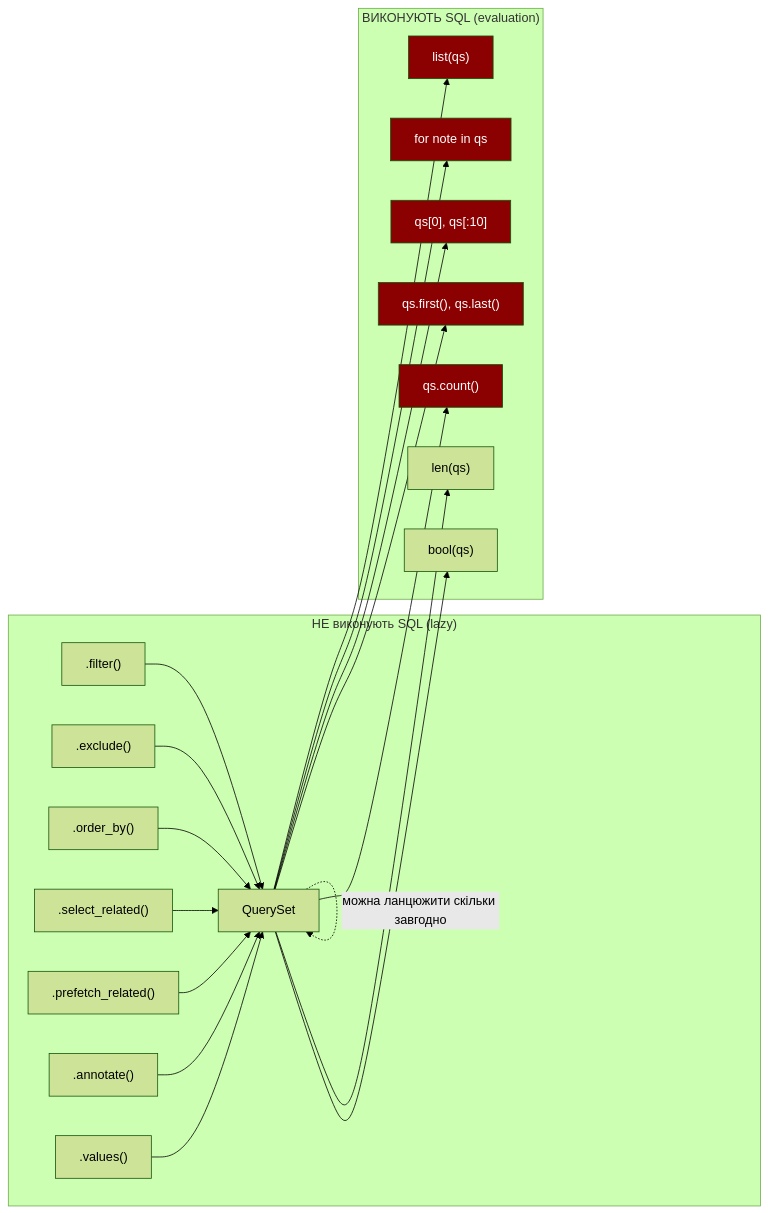
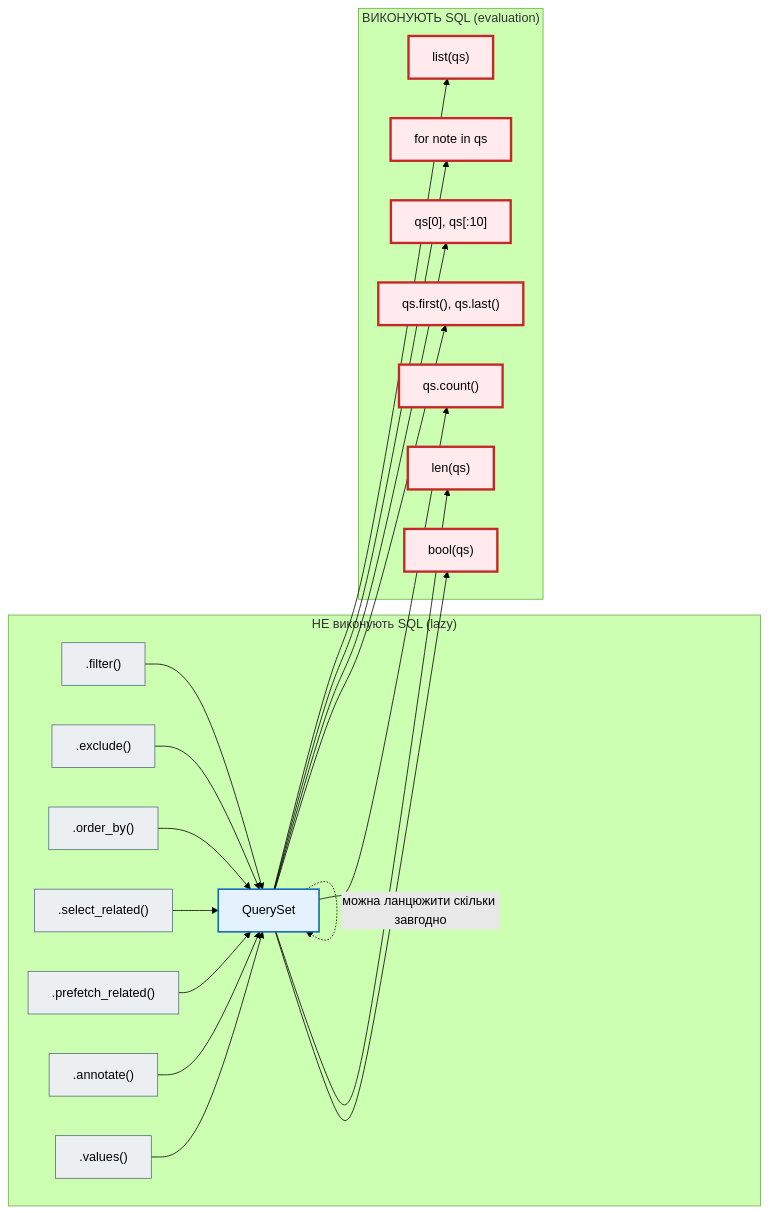
One commit to NikoriakViktot/notes_chat_app changed the fourth of 20 diagrams in docs/03_database_and_orm/orm_mermaid_full.md. Above: the diagram before and after it, drawn with Mermaid (forest theme). The commit also changed other lines of this file and 441 other files, not shown here.

First line of the commit message:
Add English version of the book, Mermaid standard, docs fixes

````diff
--- a/docs/03_database_and_orm/orm_mermaid_full.md
+++ b/docs/03_database_and_orm/orm_mermaid_full.md
@@ -226,29 +232,31 @@
 ```mermaid
 graph LR
     subgraph "НЕ виконують SQL (lazy)"
         L1[".filter()"] --> QS[QuerySet]
         L2[".exclude()"] --> QS
         L3[".order_by()"] --> QS
         L4[".select_related()"] --> QS
         L5[".prefetch_related()"] --> QS
         L6[".annotate()"] --> QS
         L7[".values()"] --> QS
         QS -.->|"можна ланцюжити скільки завгодно"| QS
     end
 
     subgraph "ВИКОНУЮТЬ SQL (evaluation)"
         QS --> E1["list(qs)"]
         QS --> E2["for note in qs"]
         QS --> E3["qs[0], qs[:10]"]
         QS --> E4["qs.first(), qs.last()"]
         QS --> E5["qs.count()"]
         QS --> E6["len(qs)"]
         QS --> E7["bool(qs)"]
     end
 
-    style E1 fill:#8B0000,color:#fff
-    style E2 fill:#8B0000,color:#fff
-    style E3 fill:#8B0000,color:#fff
-    style E4 fill:#8B0000,color:#fff
-    style E5 fill:#8B0000,color:#fff
+    classDef step     fill:#eceff1,stroke:#546e7a,stroke-width:1px;
+    classDef decision fill:#e3f2fd,stroke:#1565c0,stroke-width:2px;
+    classDef error    fill:#ffebee,stroke:#c62828,stroke-width:3px;
+
+    class L1,L2,L3,L4,L5,L6,L7 step;
+    class QS decision;
+    class E1,E2,E3,E4,E5,E6,E7 error;
 ```
````
